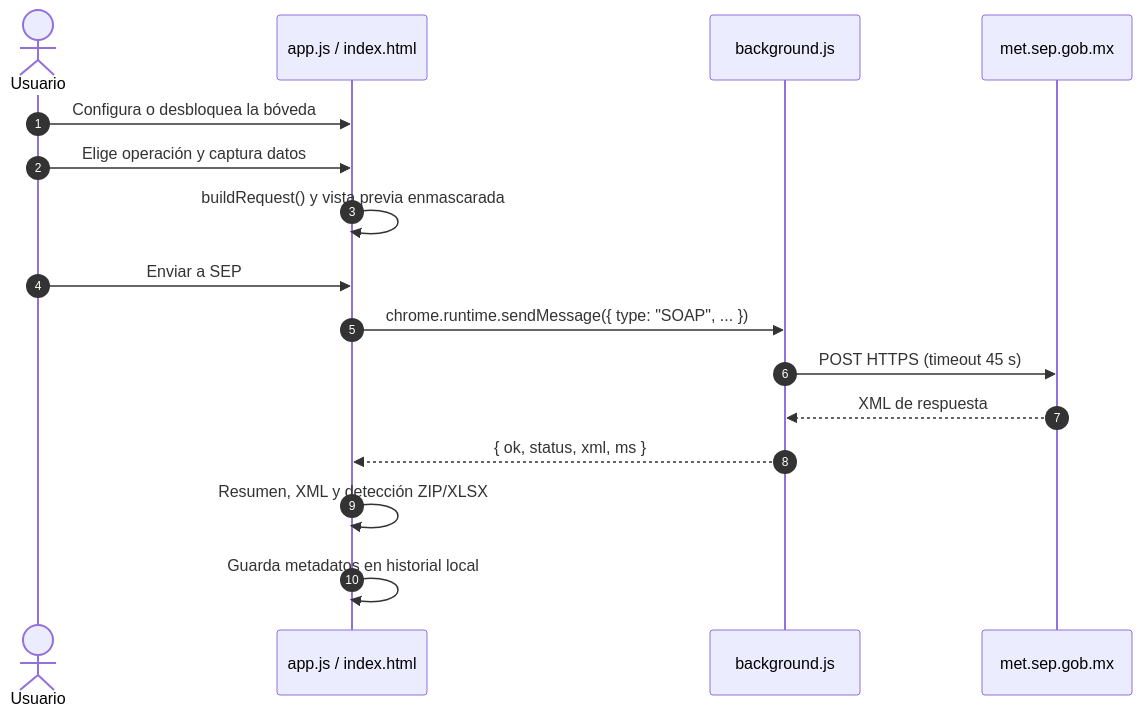
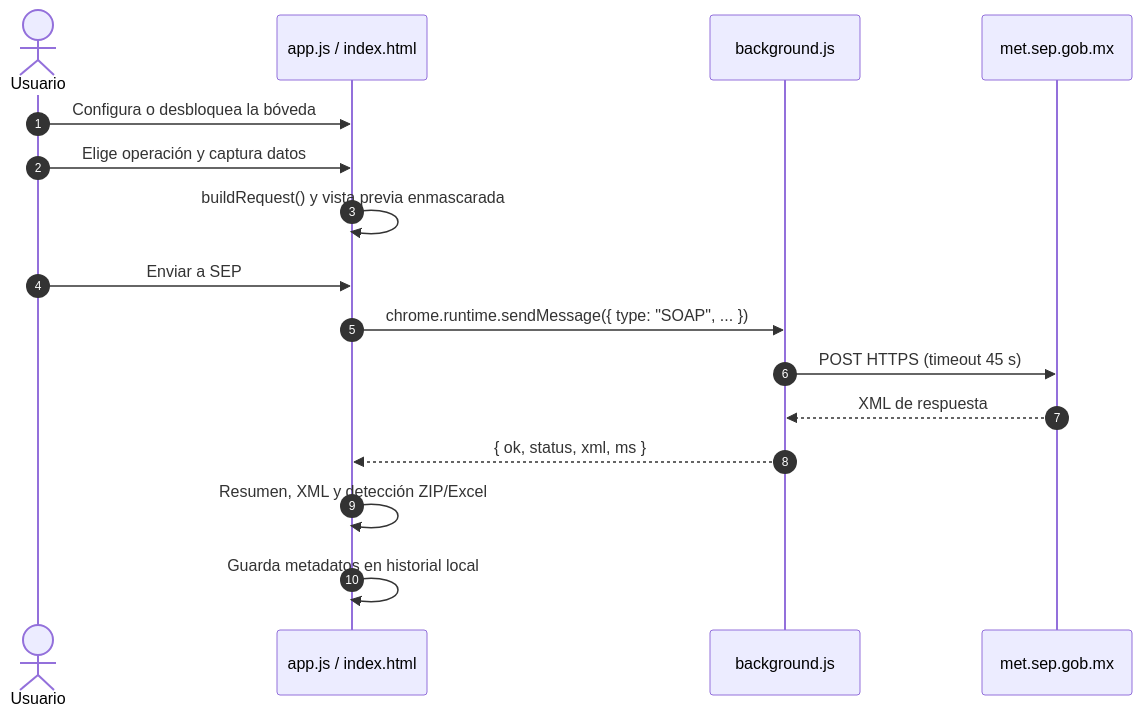
One commit to AngelCLA/Exodo changed the diagram in README.md. Above: the diagram before and after it, drawn with Mermaid. The commit also changed other lines of this file and 7 other files, not shown here.

Commit message:
feat: add support for reading legacy Excel (.xls) files and enhance result display for both .xls and .xlsx formats

````diff
--- a/README.md
+++ b/README.md
@@ -108,19 +108,19 @@
 ```mermaid
 sequenceDiagram
     autonumber
     actor U as Usuario
     participant UI as app.js / index.html
     participant BG as background.js
     participant SEP as met.sep.gob.mx
 
     U->>UI: Configura o desbloquea la bóveda
     U->>UI: Elige operación y captura datos
     UI->>UI: buildRequest() y vista previa enmascarada
     U->>UI: Enviar a SEP
     UI->>BG: chrome.runtime.sendMessage({ type: "SOAP", ... })
     BG->>SEP: POST HTTPS (timeout 45 s)
     SEP-->>BG: XML de respuesta
     BG-->>UI: { ok, status, xml, ms }
-    UI->>UI: Resumen, XML y detección ZIP/XLSX
+    UI->>UI: Resumen, XML y detección ZIP/Excel
     UI->>UI: Guarda metadatos en historial local
 ```
````
